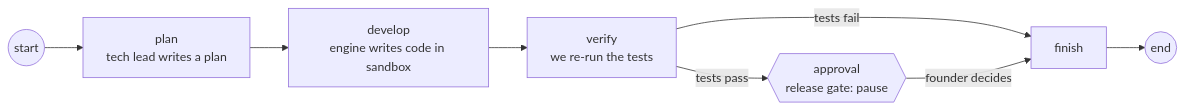
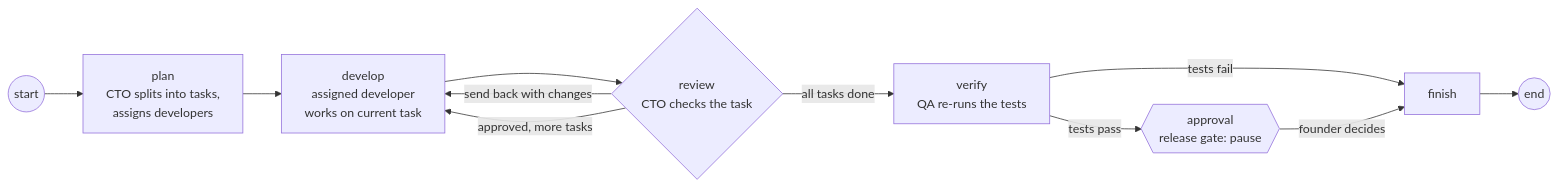
The diagram in docs/technical/features/workflows.md (medhalabs/MedhKarm), drawn with Mermaid before and after one commit. The commit also changed other lines of this file and 21 other files, not shown here.

````diff
--- a/docs/technical/features/workflows.md
+++ b/docs/technical/features/workflows.md
@@ -13,10 +13,13 @@
 ```mermaid
 flowchart LR
-    S((start)) --> P[plan<br/>tech lead writes a plan]
-    P --> D[develop<br/>engine writes code in sandbox]
-    D --> V[verify<br/>we re-run the tests]
+    S((start)) --> P[plan<br/>CTO splits into tasks,<br/>assigns developers]
+    P --> D[develop<br/>assigned developer<br/>works on current task]
+    D --> R{review<br/>CTO checks the task}
+    R -->|send back with changes| D
+    R -->|approved, more tasks| D
+    R -->|all tasks done| V[verify<br/>QA re-runs the tests]
     V -->|tests pass| A{{approval<br/>release gate: pause}}
     V -->|tests fail| F[finish]
     A -->|founder decides| F
     F --> E((end))
 ```
````
